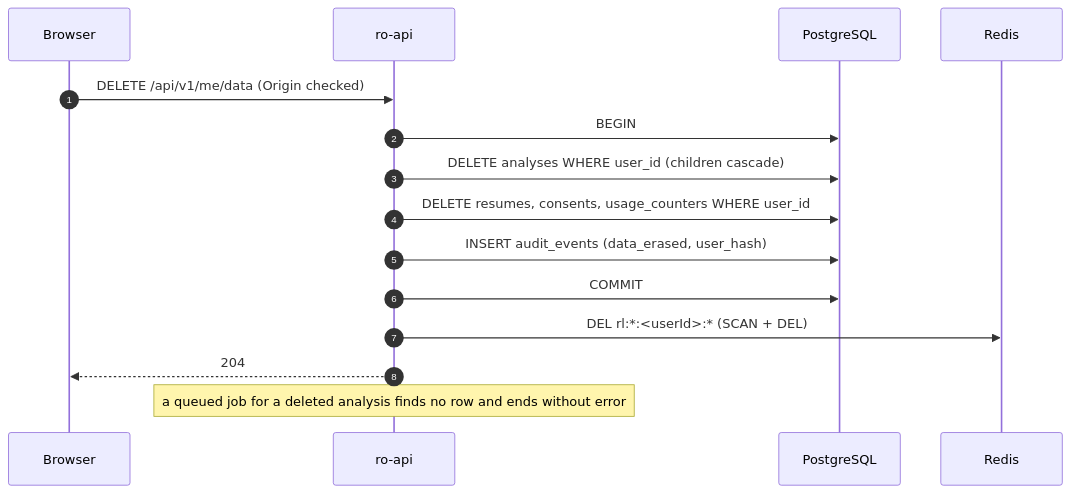
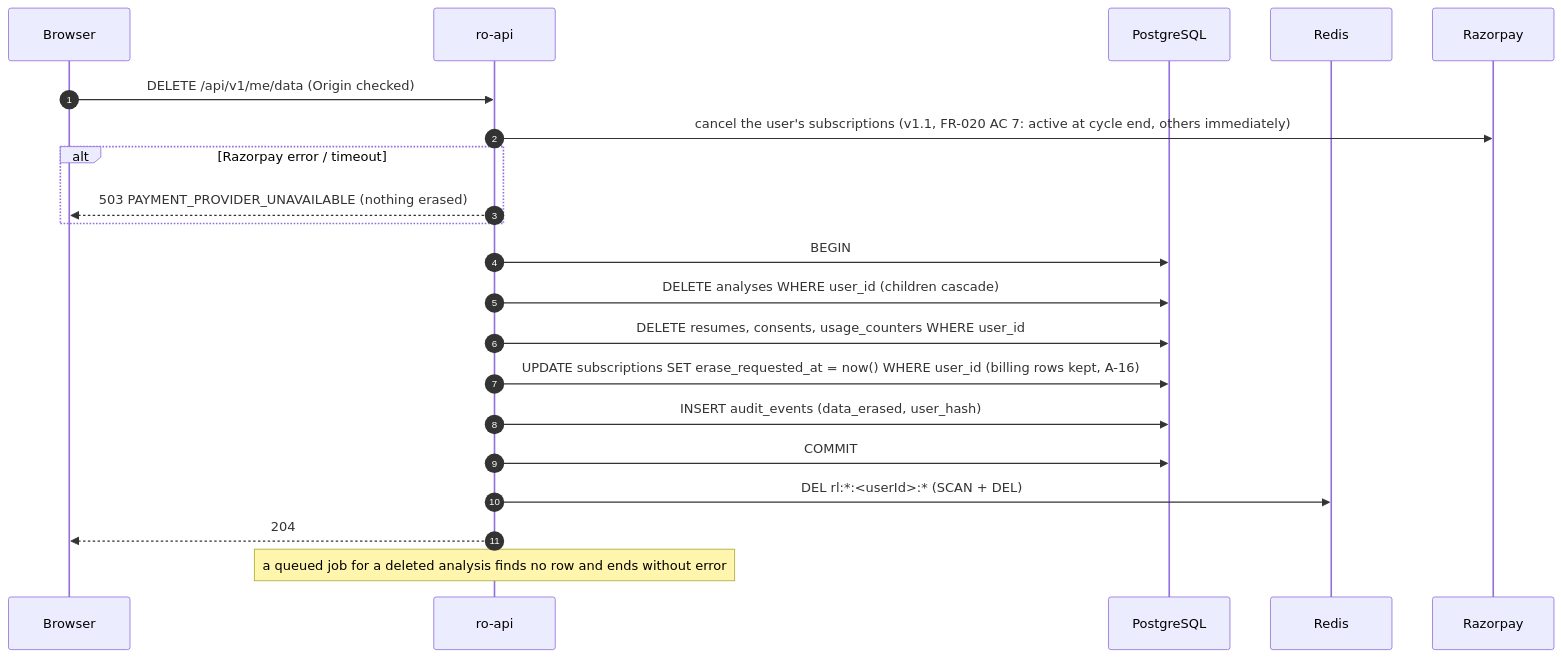
The seventh of 14 diagrams in vaishali/spec.md (divii-school/spec-homework), drawn with Mermaid before and after one commit. The commit also changed other lines of this file, not shown here.

Commit message:
round 2: fix review findings - paid-cycle-only entitlement, cancel rules, erasure, plan-claim leftovers (v1.2)

````diff
--- a/vaishali/spec.md
+++ b/vaishali/spec.md
@@ -868,17 +881,23 @@
 ```mermaid
 sequenceDiagram
   autonumber
   participant B as Browser
   participant A as ro-api
   participant DB as PostgreSQL
   participant RD as Redis
+  participant RZ as Razorpay
   B->>A: DELETE /api/v1/me/data (Origin checked)
+  A->>RZ: cancel the user's subscriptions (v1.1, FR-020 AC 7: active at cycle end, others immediately)
+  alt Razorpay error / timeout
+    A-->>B: 503 PAYMENT_PROVIDER_UNAVAILABLE (nothing erased)
+  end
   A->>DB: BEGIN
   A->>DB: DELETE analyses WHERE user_id (children cascade)
   A->>DB: DELETE resumes, consents, usage_counters WHERE user_id
+  A->>DB: UPDATE subscriptions SET erase_requested_at = now() WHERE user_id (billing rows kept, A-16)
   A->>DB: INSERT audit_events (data_erased, user_hash)
   A->>DB: COMMIT
   A->>RD: DEL rl:*:<userId>:* (SCAN + DEL)
   A-->>B: 204
   Note over A: a queued job for a deleted analysis finds no row and ends without error
 ```
````
